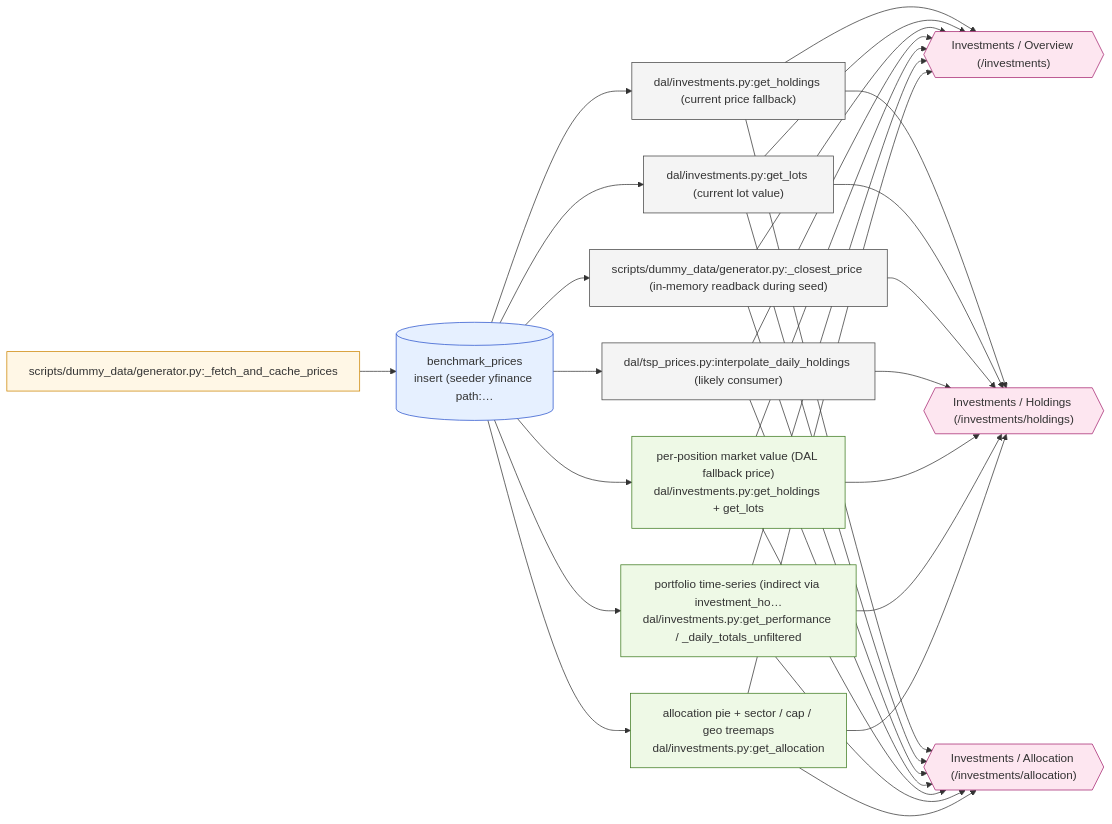
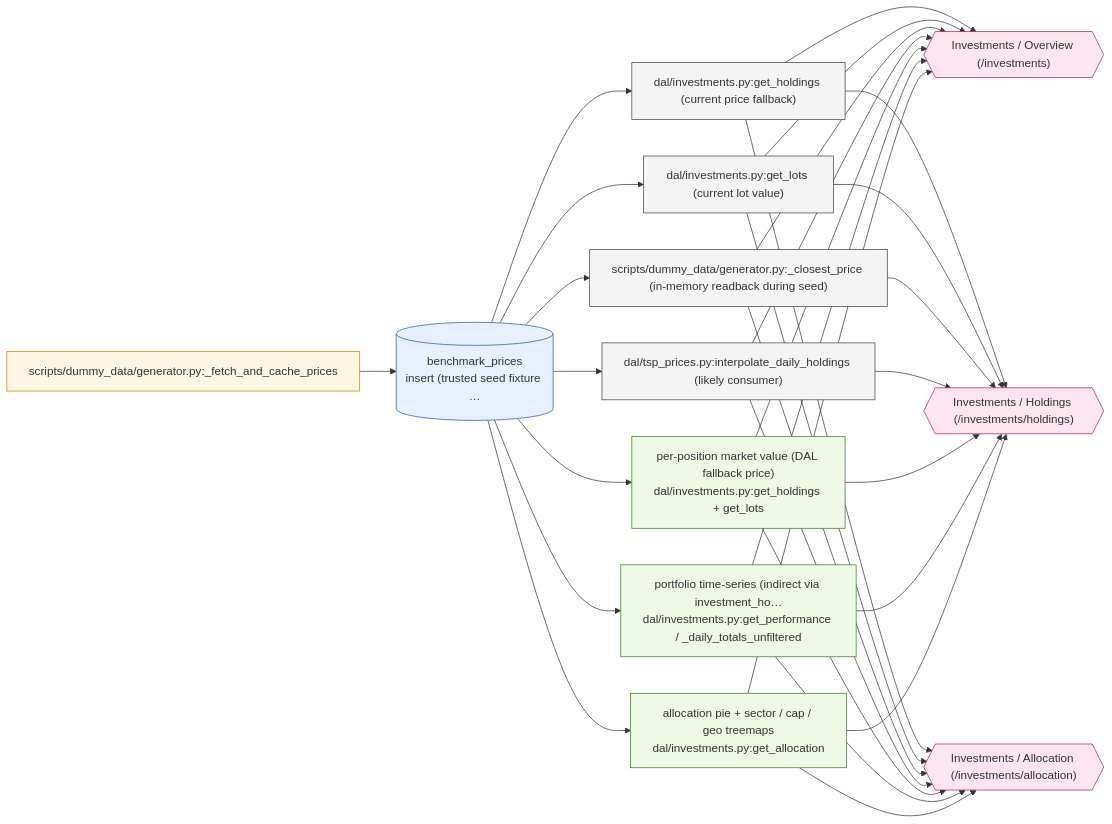
The diagram in docs/data-lineage/diagrams/market_price_tick.mmd (wileyqe/Sentry-Finance), drawn with Mermaid before and after one commit. The commit also changed 50 other files, not shown here.

Commit message:
Establish trusted seed audit foundation

```diff
--- a/docs/data-lineage/diagrams/market_price_tick.mmd
+++ b/docs/data-lineage/diagrams/market_price_tick.mmd
@@ -1,57 +1,57 @@
 %% Auto-generated by build_diagrams.py — do not edit by hand.
 %% Event: market_price_tick (class: external_force)
-%% Market price tick (yfinance close + TSP API + linear-drift fallback)
+%% Market price tick (trusted fixture close)
 graph LR
   origin["scripts/dummy_data/generator.py:_fetch_and_cache_prices"]
-  tbl_benchmark_prices[("benchmark_prices<br/>insert (seeder yfinance path:…")]
+  tbl_benchmark_prices[("benchmark_prices<br/>insert (trusted seed fixture …")]
   origin --> tbl_benchmark_prices
   dc0_get_holdings_current_price_fallback["dal/investments.py:get_holdings (current price fallback)"]
   dc1_get_lots_current_lot_value["dal/investments.py:get_lots (current lot value)"]
   dc2_closest_price_in_memory_readback_during_seed["scripts/dummy_data/generator.py:_closest_price (in-memory readback during seed)"]
   dc3_interpolate_daily_holdings_likely_consumer["dal/tsp_prices.py:interpolate_daily_holdings (likely consumer)"]
   dv0_per_position_market_value_DAL_fallback_price["per-position market value (DAL fallback price)<br/>dal/investments.py:get_holdings + get_lots"]
   dv1_portfolio_time_series_indirect_via_investment_holdings_m["portfolio time-series (indirect via investment_ho…<br/>dal/investments.py:get_performance / _daily_totals_unfiltered"]
   dv2_allocation_pie_sector_cap_geo_treemaps["allocation pie + sector / cap / geo treemaps<br/>dal/investments.py:get_allocation"]
   tbl_benchmark_prices --> dc0_get_holdings_current_price_fallback
   tbl_benchmark_prices --> dc1_get_lots_current_lot_value
   tbl_benchmark_prices --> dc2_closest_price_in_memory_readback_during_seed
   tbl_benchmark_prices --> dc3_interpolate_daily_holdings_likely_consumer
   tbl_benchmark_prices --> dv0_per_position_market_value_DAL_fallback_price
   tbl_benchmark_prices --> dv1_portfolio_time_series_indirect_via_investment_holdings_m
   tbl_benchmark_prices --> dv2_allocation_pie_sector_cap_geo_treemaps
   ui0_Investments_Overview_investments{{"Investments / Overview (/investments)"}}
   ui1_Investments_Holdings_investments_holdings{{"Investments / Holdings (/investments/holdings)"}}
   ui2_Investments_Allocation_investments_allocation{{"Investments / Allocation (/investments/allocation)"}}
   dc0_get_holdings_current_price_fallback --> ui0_Investments_Overview_investments
   dc1_get_lots_current_lot_value --> ui0_Investments_Overview_investments
   dc2_closest_price_in_memory_readback_during_seed --> ui0_Investments_Overview_investments
   dc3_interpolate_daily_holdings_likely_consumer --> ui0_Investments_Overview_investments
   dv0_per_position_market_value_DAL_fallback_price --> ui0_Investments_Overview_investments
   dv1_portfolio_time_series_indirect_via_investment_holdings_m --> ui0_Investments_Overview_investments
   dv2_allocation_pie_sector_cap_geo_treemaps --> ui0_Investments_Overview_investments
   dc0_get_holdings_current_price_fallback --> ui1_Investments_Holdings_investments_holdings
   dc1_get_lots_current_lot_value --> ui1_Investments_Holdings_investments_holdings
   dc2_closest_price_in_memory_readback_during_seed --> ui1_Investments_Holdings_investments_holdings
   dc3_interpolate_daily_holdings_likely_consumer --> ui1_Investments_Holdings_investments_holdings
   dv0_per_position_market_value_DAL_fallback_price --> ui1_Investments_Holdings_investments_holdings
   dv1_portfolio_time_series_indirect_via_investment_holdings_m --> ui1_Investments_Holdings_investments_holdings
   dv2_allocation_pie_sector_cap_geo_treemaps --> ui1_Investments_Holdings_investments_holdings
   dc0_get_holdings_current_price_fallback --> ui2_Investments_Allocation_investments_allocation
   dc1_get_lots_current_lot_value --> ui2_Investments_Allocation_investments_allocation
   dc2_closest_price_in_memory_readback_during_seed --> ui2_Investments_Allocation_investments_allocation
   dc3_interpolate_daily_holdings_likely_consumer --> ui2_Investments_Allocation_investments_allocation
   dv0_per_position_market_value_DAL_fallback_price --> ui2_Investments_Allocation_investments_allocation
   dv1_portfolio_time_series_indirect_via_investment_holdings_m --> ui2_Investments_Allocation_investments_allocation
   dv2_allocation_pie_sector_cap_geo_treemaps --> ui2_Investments_Allocation_investments_allocation
 
   classDef origin fill:#fff7e6,stroke:#cc8400,stroke-width:1px;
   classDef table fill:#e6f0ff,stroke:#2952cc,stroke-width:1px;
   classDef consumer fill:#f4f4f4,stroke:#444,stroke-width:1px;
   classDef derivation fill:#eef9e6,stroke:#3d7a1f,stroke-width:1px;
   classDef ui fill:#fde6f0,stroke:#a5226f,stroke-width:1px;
   classDef effect fill:#f6e6ff,stroke:#5e2a82,stroke-width:1px;
   class origin origin;
   class tbl_benchmark_prices table;
   class dc0_get_holdings_current_price_fallback,dc1_get_lots_current_lot_value,dc2_closest_price_in_memory_readback_during_seed,dc3_interpolate_daily_holdings_likely_consumer consumer;
   class dv0_per_position_market_value_DAL_fallback_price,dv1_portfolio_time_series_indirect_via_investment_holdings_m,dv2_allocation_pie_sector_cap_geo_treemaps derivation;
   class ui0_Investments_Overview_investments,ui1_Investments_Holdings_investments_holdings,ui2_Investments_Allocation_investments_allocation ui;
```
